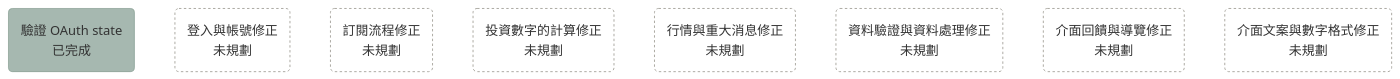
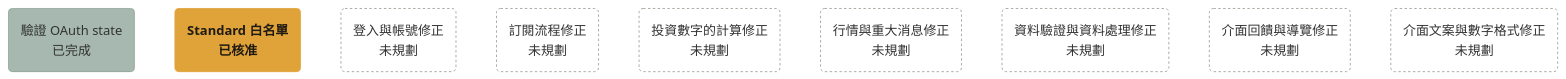
One commit to bingyangchen/taigu changed the diagram in docs/plans/roadmap.md. Above: the diagram before and after it, drawn with Mermaid (base theme). The commit also changed other lines of this file and 3 other files, not shown here.

Commit message:
[plan 0002] Add a Standard whitelist (#221)

````diff
--- a/docs/plans/roadmap.md
+++ b/docs/plans/roadmap.md
@@ -7,14 +7,15 @@
 ```mermaid
 flowchart TD
   oauth_state_check("驗證 OAuth state<br/>已完成"):::done
+  standard_whitelist("Standard 白名單<br/>已核准"):::approved
   login_account_fixes("登入與帳號修正<br/>未規劃"):::unplanned
   billing_fixes("訂閱流程修正<br/>未規劃"):::unplanned
   calculation_fixes("投資數字的計算修正<br/>未規劃"):::unplanned
   market_data_fixes("行情與重大消息修正<br/>未規劃"):::unplanned
   data_fixes("資料驗證與資料處理修正<br/>未規劃"):::unplanned
   ui_feedback_fixes("介面回饋與導覽修正<br/>未規劃"):::unplanned
   copy_fixes("介面文案與數字格式修正<br/>未規劃"):::unplanned
   classDef done fill:#4f726280,stroke:#4f726280
   classDef approved fill:#e0a33a,stroke:#e0a33a,color:#1f1a12,font-weight:bold
   classDef unplanned fill:none,stroke:#9a978f,stroke-dasharray:3 3
 ```
````
